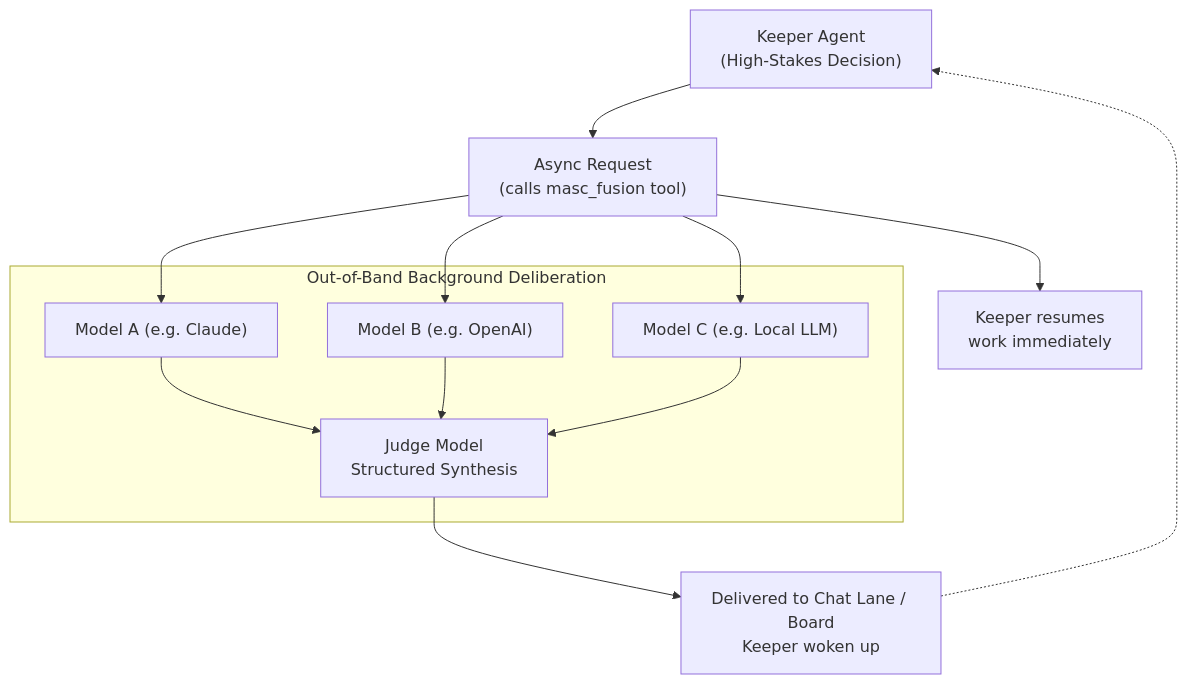
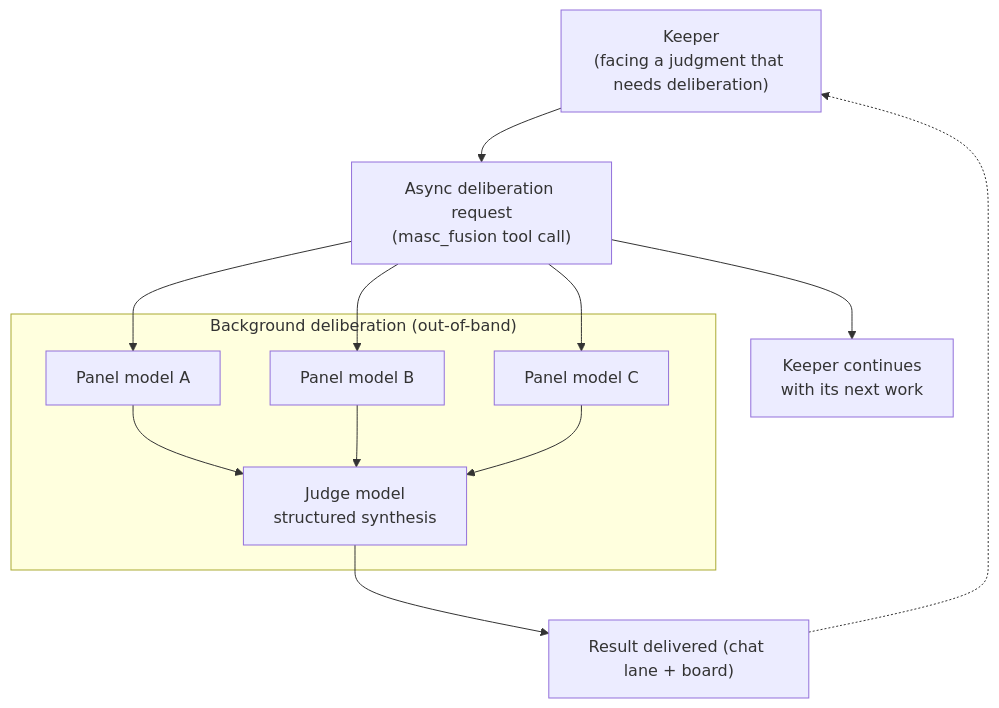
One commit to jeong-sik/masc changed the diagram in docs-site/src/content/docs/architecture/fusion.md. Above: the diagram before and after it, drawn with Mermaid. The commit also changed other lines of this file and 17 other files, not shown here.

First line of the commit message:
docs(site): correct the architecture pages against the constitution and live code

````diff
--- a/docs-site/src/content/docs/architecture/fusion.md
+++ b/docs-site/src/content/docs/architecture/fusion.md
@@ -32,22 +29,22 @@
 ```mermaid
 flowchart TD
-    KEEPER["Keeper Agent<br/>(High-Stakes Decision)"]
-    ASYNC["Async Request<br/>(calls masc_fusion tool)"]
-    RESUME["Keeper resumes<br/>work immediately"]
-    
-    subgraph OUT_OF_BAND ["Out-of-Band Background Deliberation"]
-        P1["Model A (e.g. Claude)"]
-        P2["Model B (e.g. OpenAI)"]
-        P3["Model C (e.g. Local LLM)"]
-        JUDGE["Judge Model<br/>Structured Synthesis"]
+    KEEPER["Keeper<br/>(facing a judgment that needs deliberation)"]
+    ASYNC["Async deliberation request<br/>(masc_fusion tool call)"]
+    RESUME["Keeper continues<br/>with its next work"]
+
+    subgraph OUT_OF_BAND ["Background deliberation (out-of-band)"]
+        P1["Panel model A"]
+        P2["Panel model B"]
+        P3["Panel model C"]
+        JUDGE["Judge model<br/>structured synthesis"]
     end
-    
-    DELIVERY["Delivered to Chat Lane / Board<br/>Keeper woken up"]
+
+    DELIVERY["Result delivered (chat lane + board)"]
 
     KEEPER --> ASYNC
     ASYNC --> RESUME
     ASYNC --> P1 & P2 & P3
     P1 & P2 & P3 --> JUDGE
     JUDGE --> DELIVERY
     DELIVERY -.-> KEEPER
 ```
````
